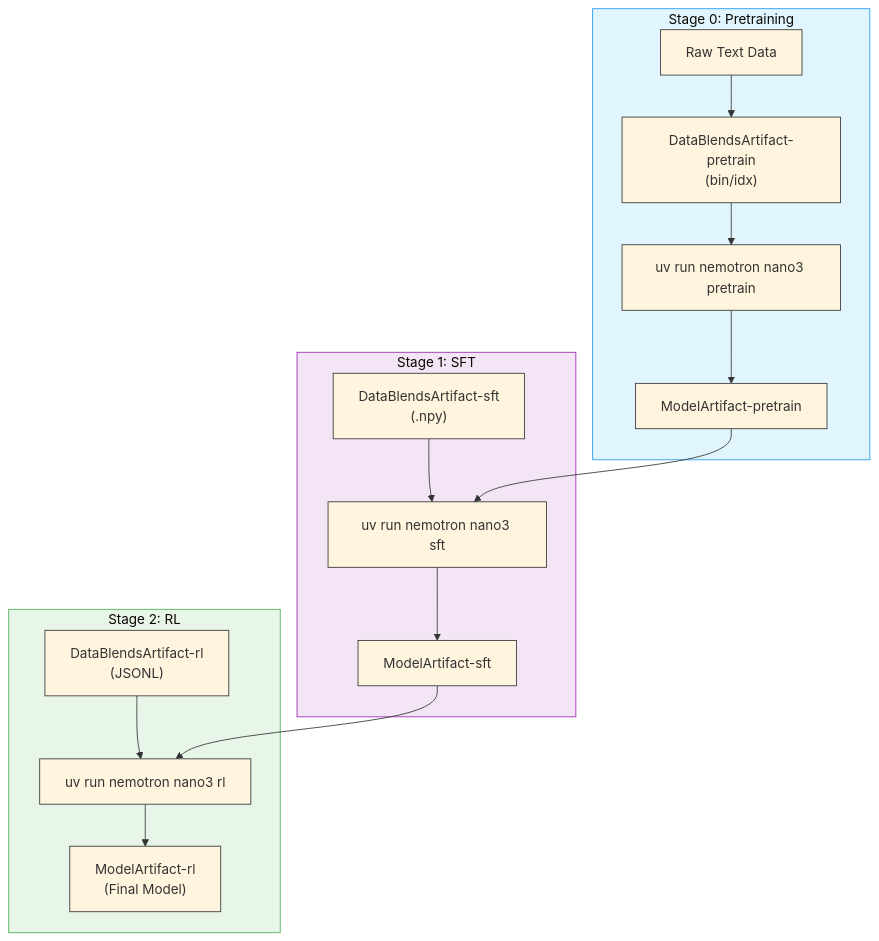
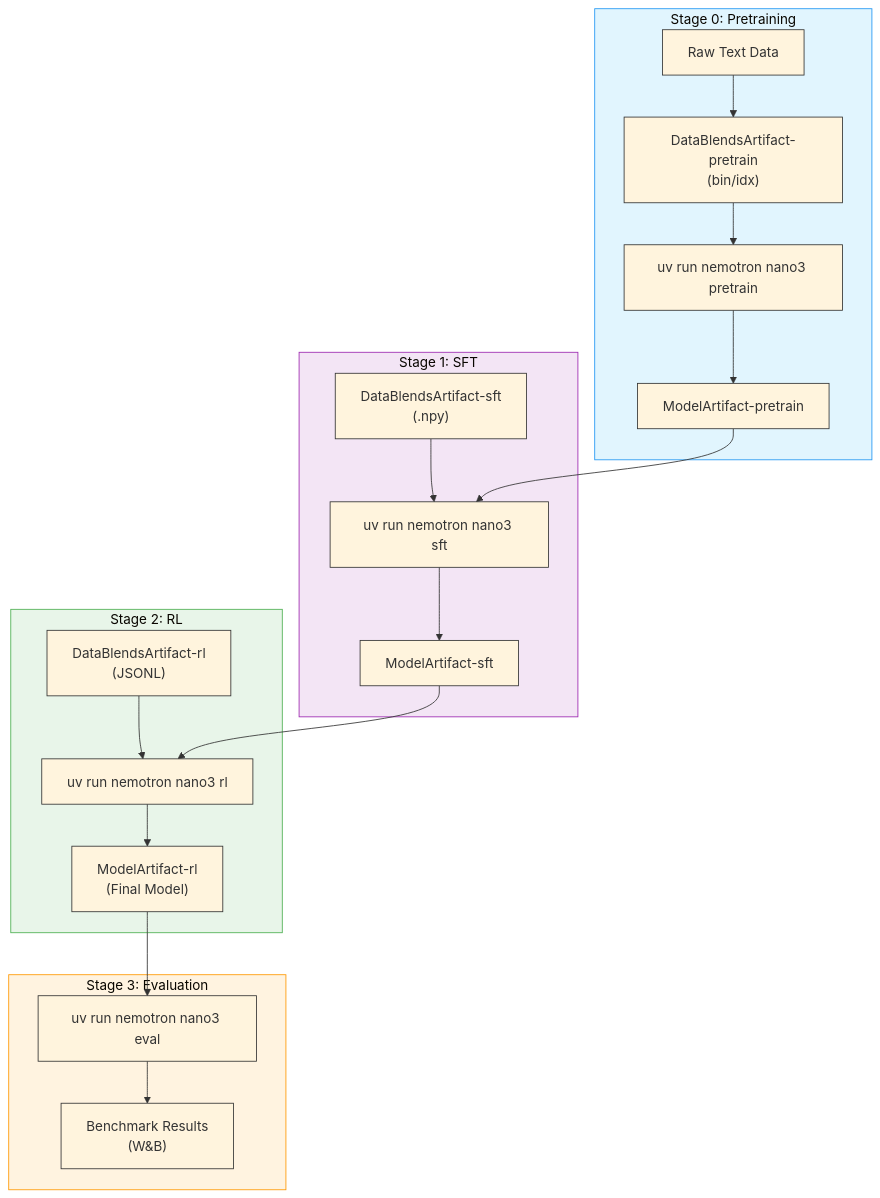
The diagram in docs/train/nano3/README.md (NVIDIA-NeMo/Nemotron), drawn with Mermaid before and after one commit. The commit also changed other lines of this file and 20 other files, not shown here.

````diff
--- a/docs/train/nano3/README.md
+++ b/docs/train/nano3/README.md
@@ -130,25 +140,31 @@
 ```mermaid
 %%{init: {'theme': 'base', 'themeVariables': { 'primaryBorderColor': '#333333', 'lineColor': '#333333', 'primaryTextColor': '#333333', 'clusterBkg': '#ffffff', 'clusterBorder': '#333333'}}}%%
 flowchart TB
     subgraph pretrain["Stage 0: Pretraining"]
         raw["Raw Text Data"] --> data0["DataBlendsArtifact-pretrain<br/>(bin/idx)"]
         data0 --> cmd0["uv run nemotron nano3 pretrain"]
         cmd0 --> model0["ModelArtifact-pretrain"]
     end
 
     subgraph sft["Stage 1: SFT"]
         data1["DataBlendsArtifact-sft<br/>(.npy)"] --> cmd1["uv run nemotron nano3 sft"]
         model0 --> cmd1
         cmd1 --> model1["ModelArtifact-sft"]
     end
 
     subgraph rl["Stage 2: RL"]
         data2["DataBlendsArtifact-rl<br/>(JSONL)"] --> cmd2["uv run nemotron nano3 rl"]
         model1 --> cmd2
         cmd2 --> model2["ModelArtifact-rl<br/>(Final Model)"]
     end
 
+    subgraph eval["Stage 3: Evaluation"]
+        model2 --> cmd3["uv run nemotron nano3 eval"]
+        cmd3 --> results["Benchmark Results<br/>(W&B)"]
+    end
+
     style pretrain fill:#e1f5fe,stroke:#2196f3
     style sft fill:#f3e5f5,stroke:#9c27b0
     style rl fill:#e8f5e9,stroke:#4caf50
+    style eval fill:#fff3e0,stroke:#ff9800
 ```
````
